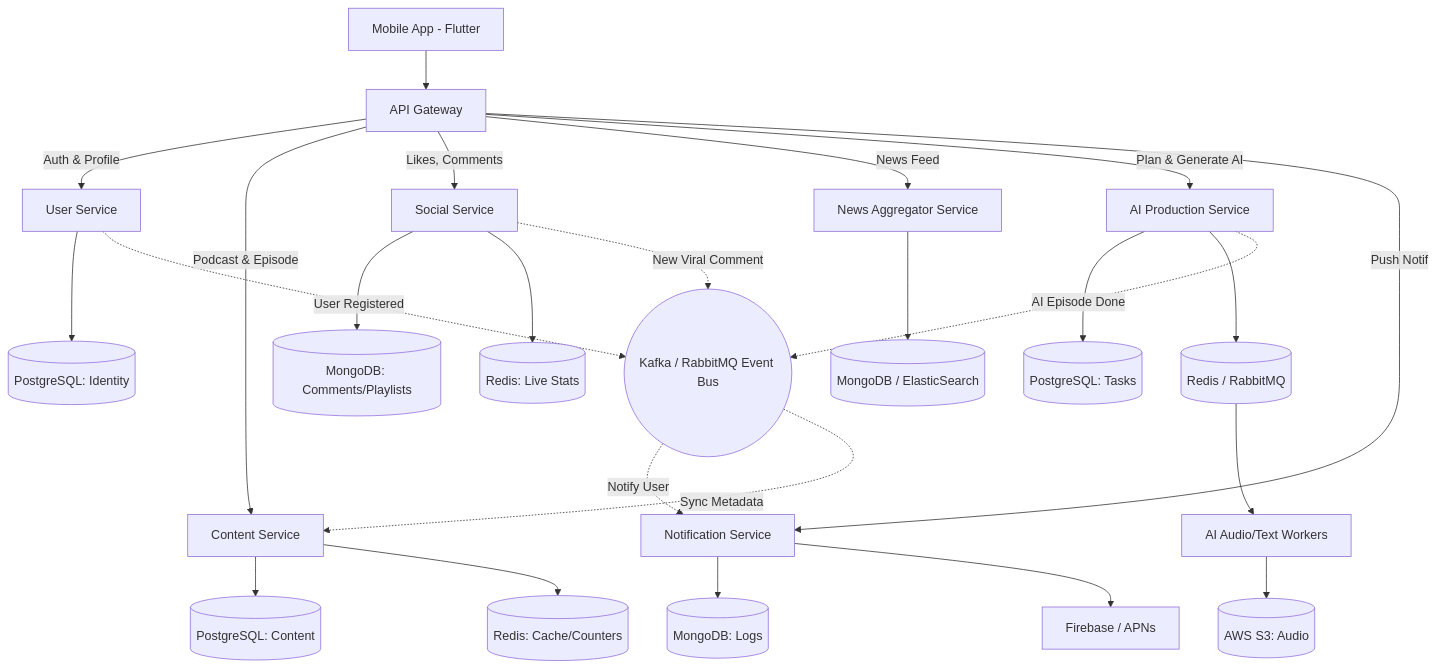
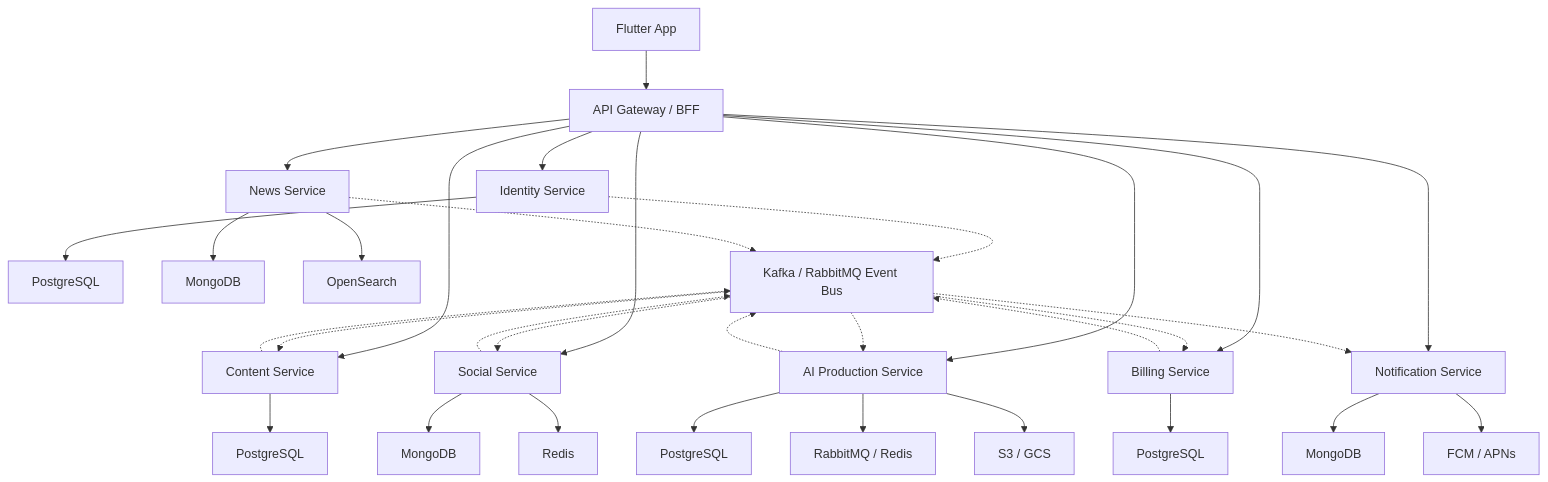
The diagram in flutter-app/architecture_design.md (pody-team/pody-app), drawn with Mermaid before and after one commit. The commit also changed other lines of this file and 36 other files, not shown here.

````diff
--- a/flutter-app/architecture_design.md
+++ b/flutter-app/architecture_design.md
@@ -8,39 +22,40 @@
 ```mermaid
-graph TD
-    Client[Mobile App - Flutter] --> API_Gateway[API Gateway]
-    
-    API_Gateway --> |Auth & Profile| US[User Service]
-    API_Gateway --> |Podcast & Episode| CS[Content Service]
-    API_Gateway --> |Likes, Comments| SS[Social Service]
-    API_Gateway --> |News Feed| NAS[News Aggregator Service]
-    API_Gateway --> |Plan & Generate AI| AIS[AI Production Service]
-    API_Gateway --> |Push Notif| NS[Notification Service]
-    
-    %% Dịch vụ & CSDL
-    US --> DB_User[(PostgreSQL: Identity)]
-    
-    CS --> DB_Content[(PostgreSQL: Content)]
-    CS --> Cache_Content[(Redis: Cache/Counters)]
-    
-    SS --> DB_Social[(MongoDB: Comments/Playlists)]
-    SS --> Cache_Interactions[(Redis: Live Stats)]
-    
-    NAS --> DB_News[(MongoDB / ElasticSearch)]
-    
-    AIS --> DB_Plan[(PostgreSQL: Tasks)]
-    AIS --> Queue[(Redis / RabbitMQ)]
-    Queue --> AI_Worker[AI Audio/Text Workers]
-    AI_Worker --> CloudStorage[(AWS S3: Audio)]
-    
-    NS --> DB_Notif[(MongoDB: Logs)]
-    NS --> PushBroker[Firebase / APNs]
-    
-    %% Event Driven (Giao tiếp bất đồng bộ)
-    EventBus((Kafka / RabbitMQ Event Bus))
-    US -.->|User Registered| EventBus
-    AIS -.->|AI Episode Done| EventBus
-    SS -.->|New Viral Comment| EventBus
-    
-    EventBus -.->|Notify User| NS
-    EventBus -.->|Sync Metadata| CS
+flowchart TD
+    App["Flutter App"] --> Gateway["API Gateway / BFF"]
+
+    Gateway --> Identity["Identity Service"]
+    Gateway --> Content["Content Service"]
+    Gateway --> Social["Social Service"]
+    Gateway --> News["News Service"]
+    Gateway --> AI["AI Production Service"]
+    Gateway --> Billing["Billing Service"]
+    Gateway --> Notif["Notification Service"]
+
+    Identity --> IdentityDB["PostgreSQL"]
+    Content --> ContentDB["PostgreSQL"]
+    Social --> SocialDB["MongoDB"]
+    Social --> SocialCache["Redis"]
+    News --> NewsDB["MongoDB"]
+    News --> NewsSearch["OpenSearch"]
+    AI --> AIDB["PostgreSQL"]
+    AI --> Queue["RabbitMQ / Redis"]
+    AI --> Storage["S3 / GCS"]
+    Billing --> BillingDB["PostgreSQL"]
+    Notif --> NotifDB["MongoDB"]
+    Notif --> Push["FCM / APNs"]
+
+    Bus["Kafka / RabbitMQ Event Bus"]
+
+    Identity -.-> Bus
+    Content -.-> Bus
+    Social -.-> Bus
+    News -.-> Bus
+    AI -.-> Bus
+    Billing -.-> Bus
+
+    Bus -.-> Content
+    Bus -.-> Social
+    Bus -.-> AI
+    Bus -.-> Billing
+    Bus -.-> Notif
 ```
````
